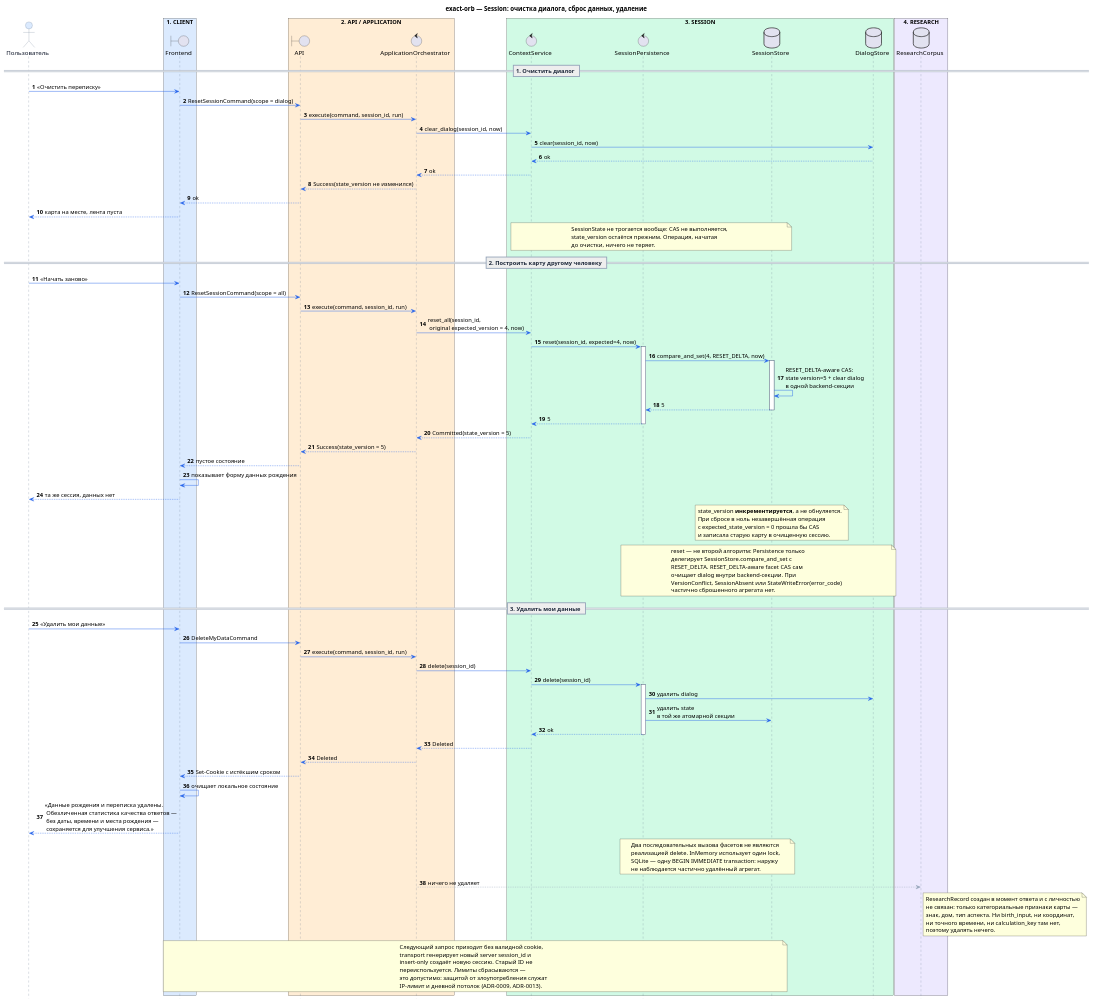
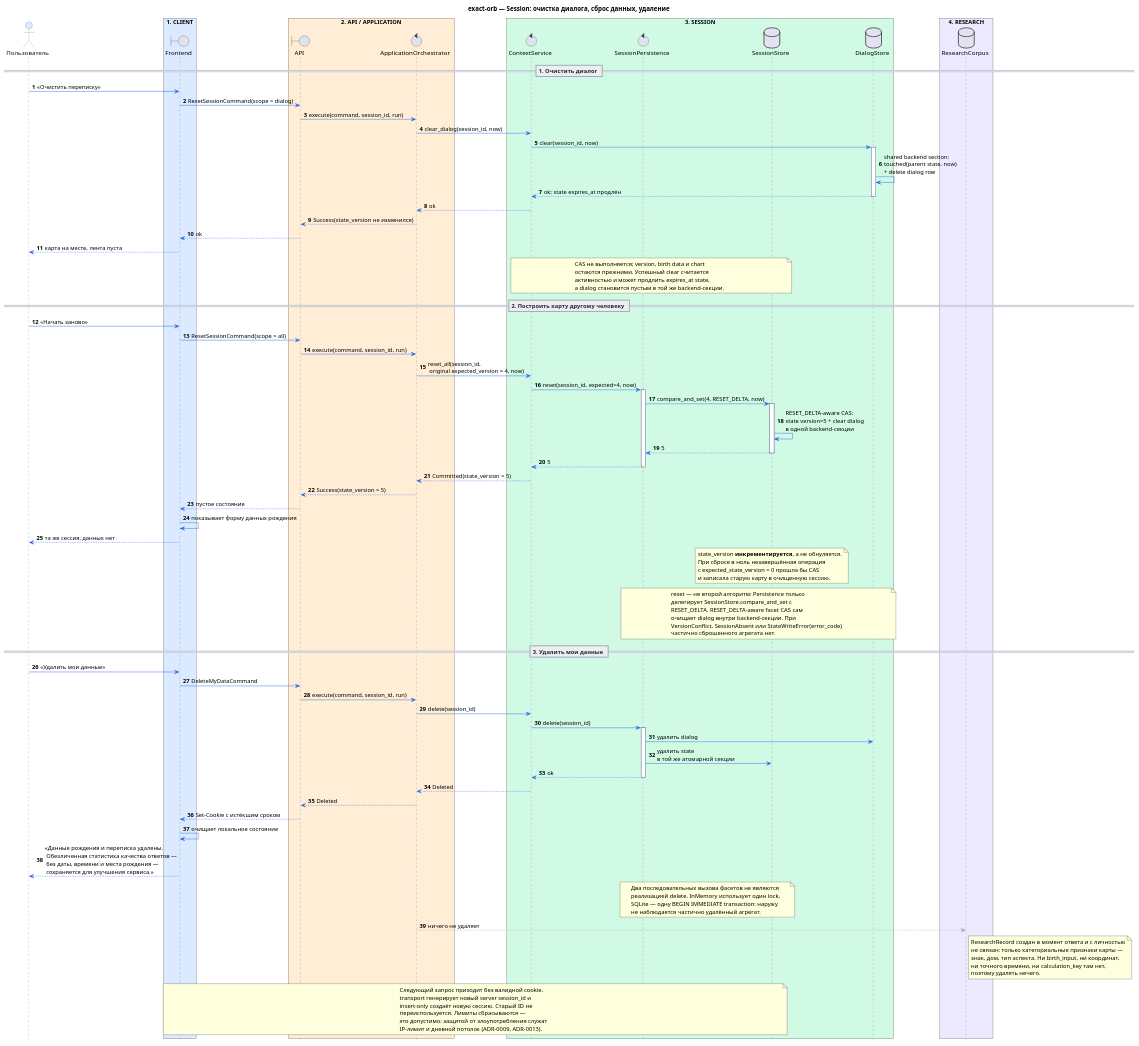
The diagram in docs/sequence_diagrams/session/004-session-reset-and-delete.puml (unemployedITshnik/exact-orb-demo), drawn with PlantUML before and after one commit. The commit also changed 14 other files, not shown here.

```diff
--- a/docs/sequence_diagrams/session/004-session-reset-and-delete.puml
+++ b/docs/sequence_diagrams/session/004-session-reset-and-delete.puml
@@ -1,167 +1,171 @@
 @startuml
 title exact-orb — Session: очистка диалога, сброс данных, удаление
 
 ' Три сценария, которые пользователь легко путает, а система
 ' обязана различать: они по-разному влияют на cookie и лимиты.
 
 autonumber
 hide footbox
 
 skinparam shadowing false
 skinparam responseMessageBelowArrow true
 
 skinparam sequence {
     ArrowColor #2563EB
     LifeLineBorderColor #64748B
     LifeLineBackgroundColor #FFFFFF
 
     ParticipantBorderColor #64748B
     ParticipantFontColor #0F172A
     ParticipantBackgroundColor #F8FAFC
 
     ActorBorderColor #64748B
     ActorFontColor #0F172A
     ActorBackgroundColor #DBEAFE
 
     GroupBorderColor #94A3B8
     GroupHeaderFontColor #1E293B
 
     DividerBorderColor #94A3B8
     DividerFontColor #1E293B
 
     NoteBorderColor #94A3B8
     NoteBackgroundColor #FFFBEA
     NoteFontColor #334155
 }
 
 actor "Пользователь" as User
 
 box "1. CLIENT" #DBEAFE
     boundary "Frontend" as FE
 end box
 
 box "2. API / APPLICATION" #FFEDD5
     boundary "API" as API
     control "ApplicationOrchestrator" as Orch
 end box
 
 box "3. SESSION" #D1FAE5
     control "ContextService" as Context
     control "SessionPersistence" as Persistence
     database "SessionStore" as Store
     database "DialogStore" as Dialog
 end box
 
 box "4. RESEARCH" #EDE9FE
     database "ResearchCorpus" as Research
 end box
 
 
 == 1. Очистить диалог ==
 
 User -> FE : «Очистить переписку»
 FE -> API : ResetSessionCommand(scope = dialog)
 API -> Orch : execute(command, session_id, run)
 
 Orch -> Context : clear_dialog(session_id, now)
 Context -> Dialog : clear(session_id, now)
-Dialog --> Context : ok
+activate Dialog
+Dialog -> Dialog : shared backend section:\ntouched(parent state, now)\n+ delete dialog row
+Dialog --> Context : ok; state expires_at продлён
+deactivate Dialog
 Context --> Orch : ok
 
 Orch --> API : Success(state_version не изменился)
 API --> FE : ok
 FE --> User : карта на месте, лента пуста
 
 note over Context, Store
-SessionState не трогается вообще: CAS не выполняется,
-state_version остаётся прежним. Операция, начатая
-до очистки, ничего не теряет.
+CAS не выполняется; version, birth data и chart
+остаются прежними. Успешный clear считается
+активностью и может продлить expires_at state,
+а dialog становится пустым в той же backend-секции.
 end note
 
 
 == 2. Построить карту другому человеку ==
 
 User -> FE : «Начать заново»
 FE -> API : ResetSessionCommand(scope = all)
 API -> Orch : execute(command, session_id, run)
 
 Orch -> Context : reset_all(session_id,\n original expected_version = 4, now)
 Context -> Persistence : reset(session_id, expected=4, now)
 activate Persistence
 Persistence -> Store : compare_and_set(4, RESET_DELTA, now)
 activate Store
 Store -> Store : RESET_DELTA-aware CAS:\nstate version=5 + clear dialog\nв одной backend-секции
 Store --> Persistence : 5
 deactivate Store
 Persistence --> Context : 5
 deactivate Persistence
 Context --> Orch : Committed(state_version = 5)
 
 Orch --> API : Success(state_version = 5)
 API --> FE : пустое состояние
 FE -> FE : показывает форму данных рождения
 FE --> User : та же сессия, данных нет
 
 note over Store
 state_version **инкрементируется**, а не обнуляется.
 При сбросе в ноль незавершённая операция
 с expected_state_version = 0 прошла бы CAS
 и записала старую карту в очищенную сессию.
 end note
 
 note over Persistence, Dialog
 reset — не второй алгоритм: Persistence только
 делегирует SessionStore.compare_and_set с
 RESET_DELTA. RESET_DELTA-aware facet CAS сам
 очищает dialog внутри backend-секции. При
 VersionConflict, SessionAbsent или StateWriteError(error_code)
 частично сброшенного агрегата нет.
 end note
 
 
 == 3. Удалить мои данные ==
 
 User -> FE : «Удалить мои данные»
 FE -> API : DeleteMyDataCommand
 API -> Orch : execute(command, session_id, run)
 
 Orch -> Context : delete(session_id)
 Context -> Persistence : delete(session_id)
 activate Persistence
 Persistence -> Dialog : удалить dialog
 Persistence -> Store : удалить state\nв той же атомарной секции
 Persistence --> Context : ok
 deactivate Persistence
 Context --> Orch : Deleted
 
 Orch --> API : Deleted
 API --> FE : Set-Cookie с истёкшим сроком
 FE -> FE : очищает локальное состояние
 FE --> User : «Данные рождения и переписка удалены.\n Обезличенная статистика качества ответов —\n без даты, времени и места рождения —\n сохраняется для улучшения сервиса.»
 
 note over Persistence, Store
 Два последовательных вызова фасетов не являются
 реализацией delete. InMemory использует один lock,
 SQLite — одну BEGIN IMMEDIATE transaction: наружу
 не наблюдается частично удалённый агрегат.
 end note
 
 Orch -[#94A3B8]-> Research : ничего не удаляет
 note right of Research
 ResearchRecord создан в момент ответа и с личностью
 не связан: только категориальные признаки карты —
 знак, дом, тип аспекта. Ни birth_input, ни координат,
 ни точного времени, ни calculation_key там нет,
 поэтому удалять нечего.
 end note
 
 note over FE, Store
 Следующий запрос приходит без валидной cookie,
 transport генерирует новый server session_id и
 insert-only создаёт новую сессию. Старый ID не
 переиспользуется. Лимиты сбрасываются —
 это допустимо: защитой от злоупотребления служат
 IP-лимит и дневной потолок (ADR-0009, ADR-0013).
 end note
 
 @enduml
```
